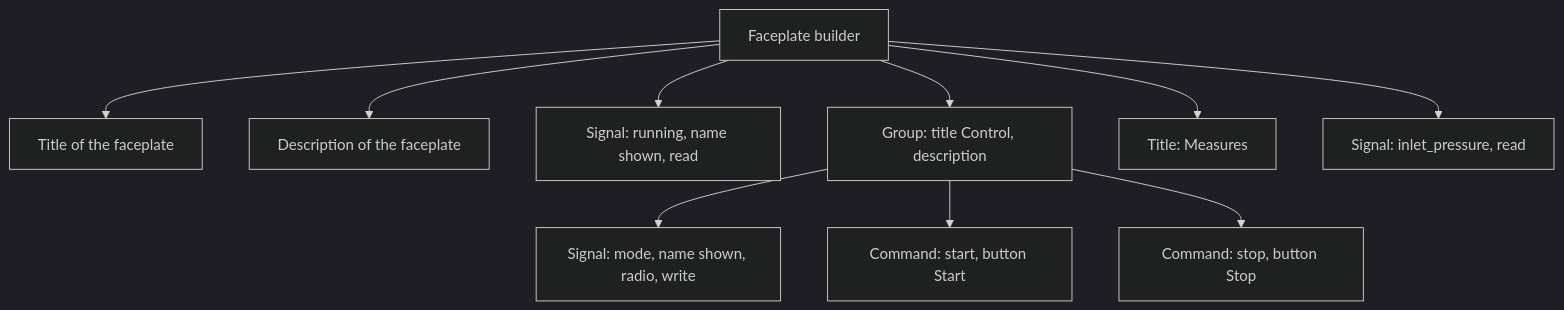
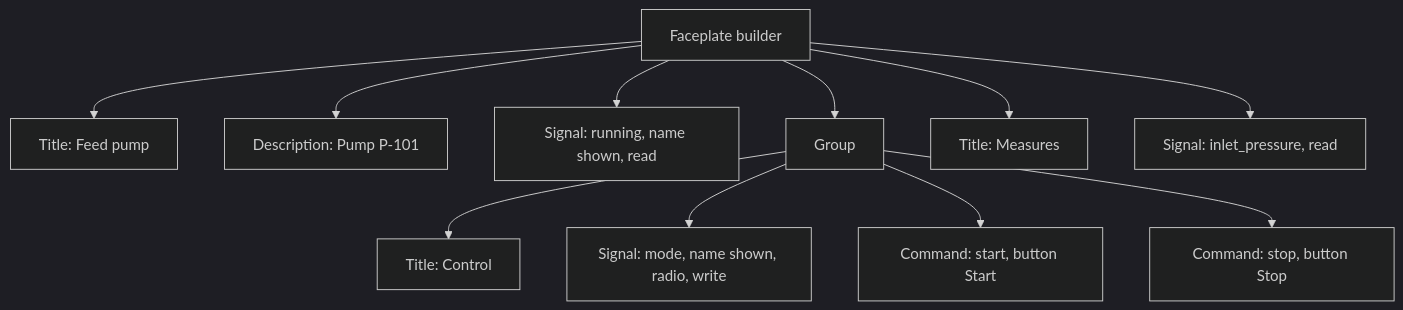
Before and after one commit to AlexandreGallais/synoptic-studio-spec: the third of 5 diagrams in metadata/09-presets.md, drawn with Mermaid (dark theme). The commit also changed other lines of this file and 7 other files, not shown here.

First line of the commit message:
docs(presets): make the faceplate builder elements only

````diff
--- a/metadata/09-presets.md
+++ b/metadata/09-presets.md
@@ -96,12 +104,13 @@
 ```mermaid
 flowchart TD
-    FP["Faceplate builder"] --> T["Title of the faceplate"]
-    FP --> D["Description of the faceplate"]
+    FP["Faceplate builder"] --> T["Title: Feed pump"]
+    FP --> D["Description: Pump P-101"]
     FP --> E1["Signal: running, name shown, read"]
-    FP --> G["Group: title Control, description"]
+    FP --> G["Group"]
+    G --> GT["Title: Control"]
     G --> E2["Signal: mode, name shown, radio, write"]
     G --> E3["Command: start, button Start"]
     G --> E4["Command: stop, button Stop"]
     FP --> E5["Title: Measures"]
     FP --> E6["Signal: inlet_pressure, read"]
 ```
````
